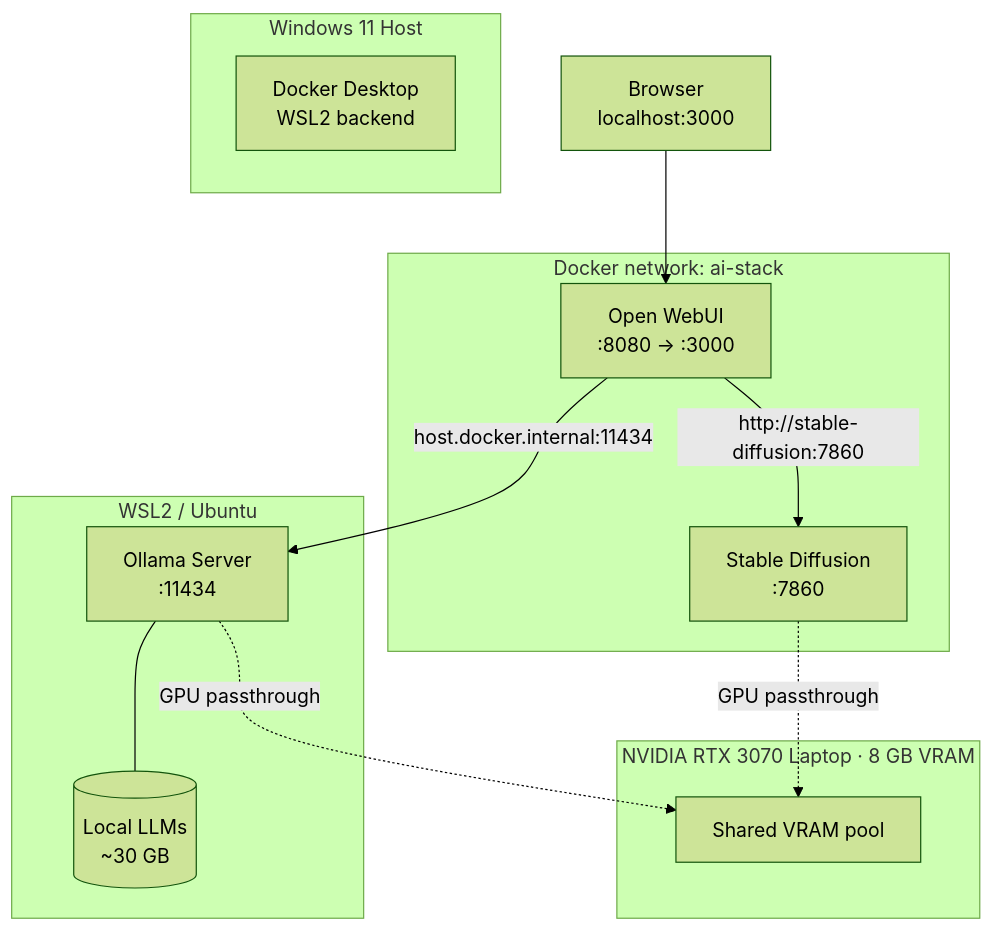
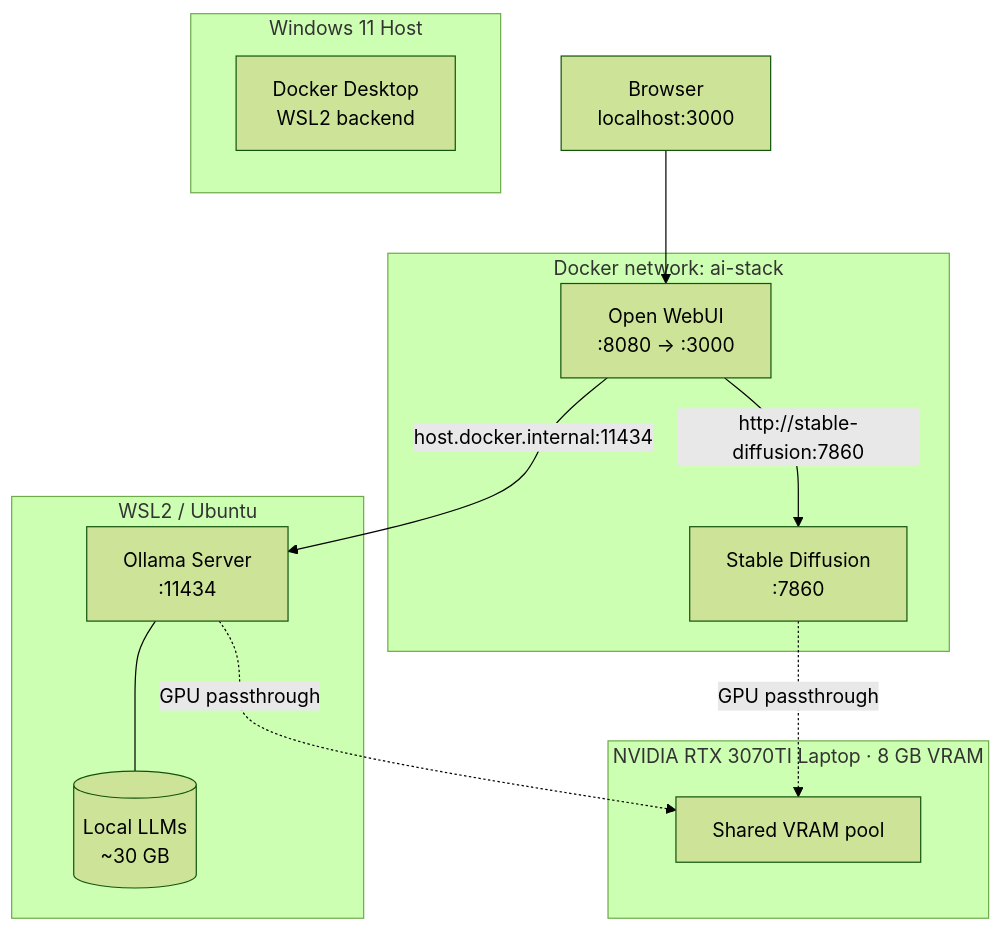
Before and after one commit to HulkMeyer/Local-AI-Project: the diagram in README.md, drawn with Mermaid (forest theme).

Commit message:
3070 to 3070TI updated typo found

````diff
--- a/README.md
+++ b/README.md
@@ -21,29 +21,29 @@
 ```mermaid
 graph TB
     Browser[Browser<br/>localhost:3000]
 
     subgraph Host["Windows 11 Host"]
         Docker[Docker Desktop<br/>WSL2 backend]
     end
 
     subgraph WSL["WSL2 / Ubuntu"]
         Ollama[Ollama Server<br/>:11434]
         Models[(Local LLMs<br/>~30 GB)]
         Ollama --- Models
     end
 
     subgraph Net["Docker network: ai-stack"]
         WebUI[Open WebUI<br/>:8080 → :3000]
         SD[Stable Diffusion<br/>:7860]
         WebUI -->|http://stable-diffusion:7860| SD
     end
 
-    subgraph GPU["NVIDIA RTX 3070 Laptop · 8 GB VRAM"]
+    subgraph GPU["NVIDIA RTX 3070TI Laptop · 8 GB VRAM"]
         VRAM[Shared VRAM pool]
     end
 
     Browser --> WebUI
     WebUI -->|host.docker.internal:11434| Ollama
     Ollama -.GPU passthrough.-> VRAM
     SD -.GPU passthrough.-> VRAM
 ```
````
